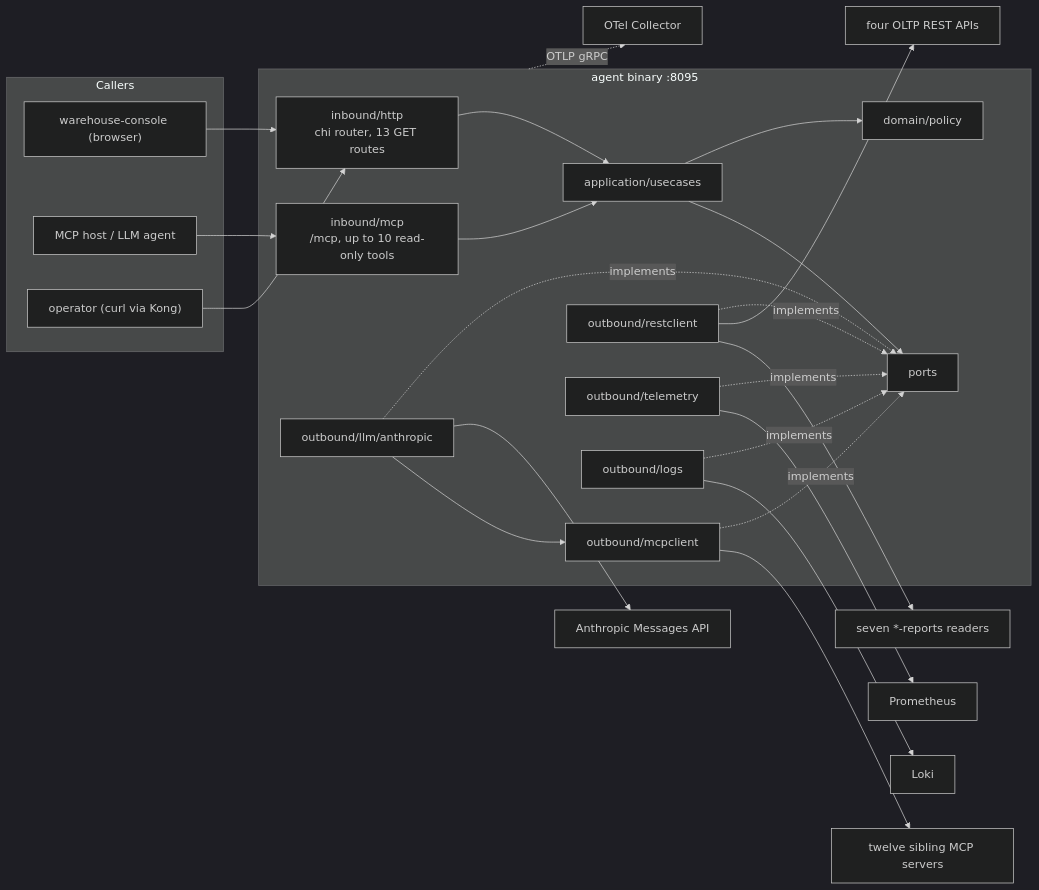
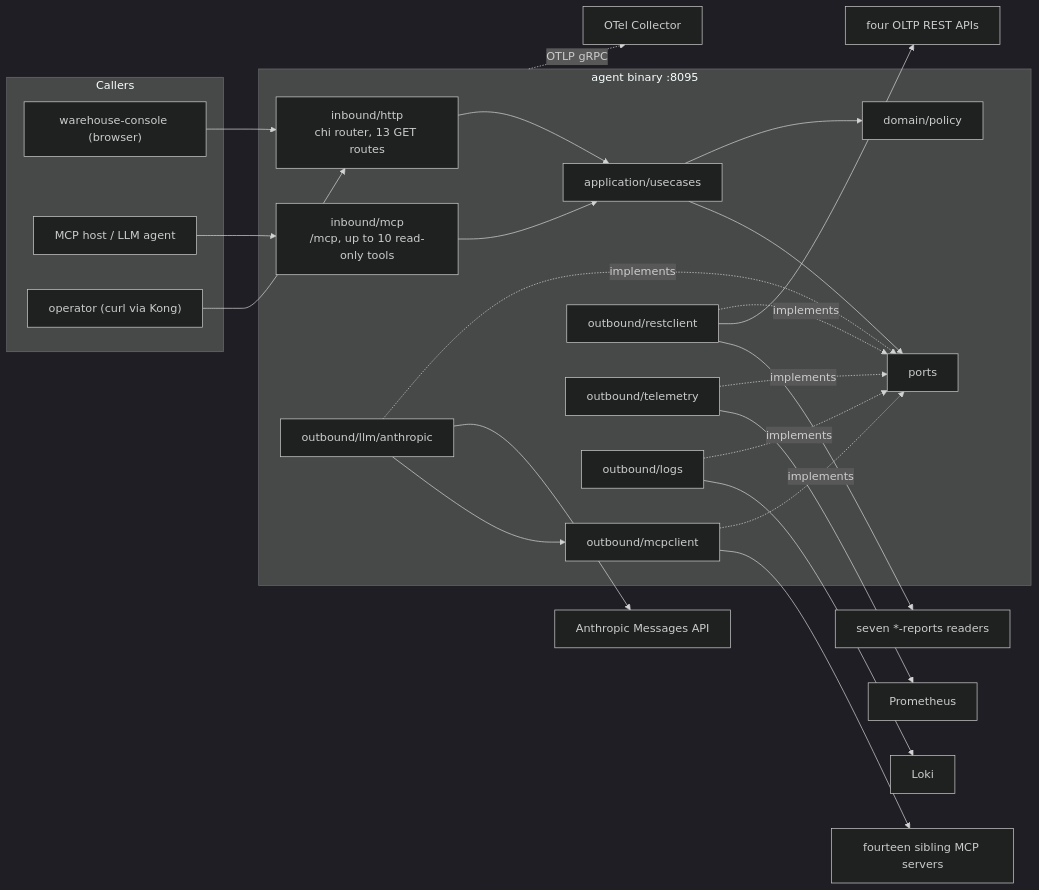
Before and after one commit to IQVO/warehouse-ops-agent: the first of 2 diagrams in docs/docs/overview/architecture.md, drawn with Mermaid (dark theme). The commit also changed other lines of this file and 9 other files, not shown here.

First line of the commit message:
docs(upstreams): returns-processing and exception-management rows, count twelve -> fourteen

````diff
--- a/docs/docs/overview/architecture.md
+++ b/docs/docs/overview/architecture.md
@@ -48,50 +48,50 @@
 ```mermaid
 flowchart LR
   subgraph callers["Callers"]
     CONSOLE["warehouse-console (browser)"]
     HOST["MCP host / LLM agent"]
     OPS["operator (curl via Kong)"]
   end
 
   subgraph agent["agent binary :8095"]
     HTTP["inbound/http<br/>chi router, 13 GET routes"]
     MCPS["inbound/mcp<br/>/mcp, up to 10 read-only tools"]
     UC["application/usecases"]
     POL["domain/policy"]
     PORTS["ports"]
     MCPC["outbound/mcpclient"]
     REST["outbound/restclient"]
     TEL["outbound/telemetry"]
     LOGS["outbound/logs"]
     LLM["outbound/llm/anthropic"]
   end
 
-  CTX["twelve sibling MCP servers"]
+  CTX["fourteen sibling MCP servers"]
   OLTP["four OLTP REST APIs"]
   REP["seven *-reports readers"]
   PROM["Prometheus"]
   LOKI["Loki"]
   ANT["Anthropic Messages API"]
   OTEL["OTel Collector"]
 
   CONSOLE --> HTTP
   OPS --> HTTP
   HOST --> MCPS
   HTTP --> UC
   MCPS --> UC
   UC --> POL
   UC --> PORTS
   MCPC -.implements.-> PORTS
   REST -.implements.-> PORTS
   TEL -.implements.-> PORTS
   LOGS -.implements.-> PORTS
   LLM -.implements.-> PORTS
   MCPC --> CTX
   REST --> OLTP
   REST --> REP
   TEL --> PROM
   LOGS --> LOKI
   LLM --> ANT
   LLM --> MCPC
   agent -. OTLP gRPC .-> OTEL
 ```
````
